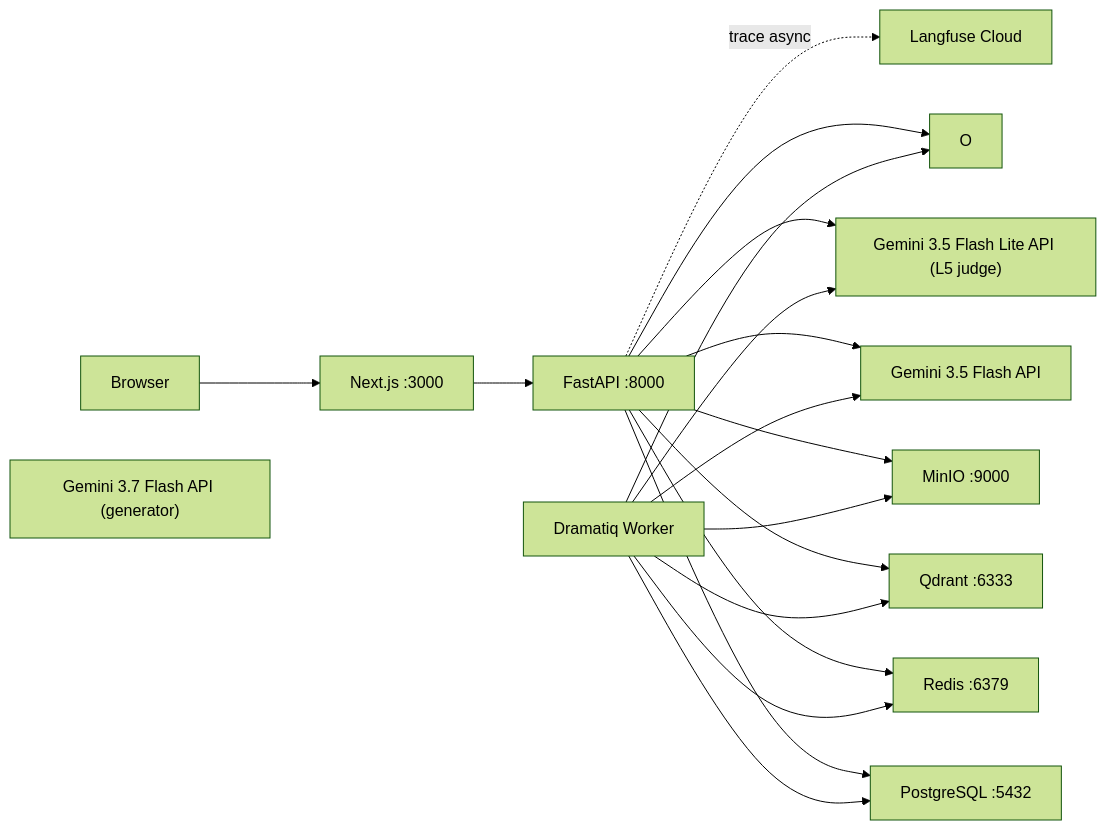
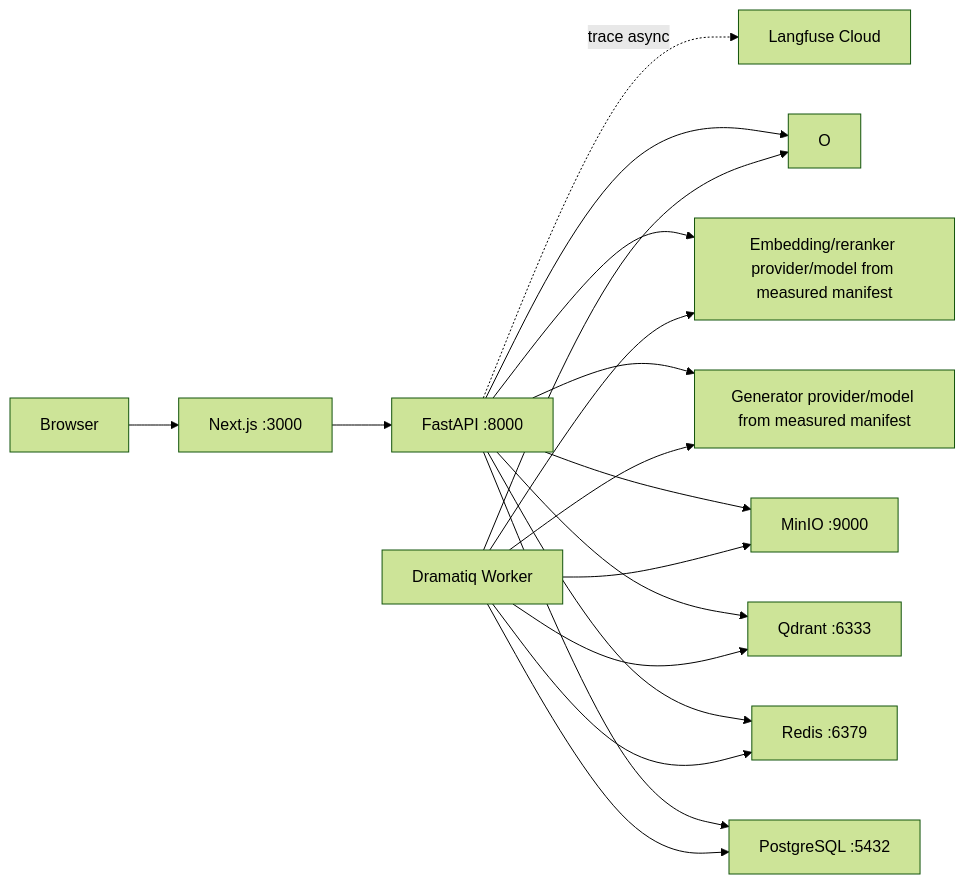
The fourth of 12 diagrams in docs/03-thiet-ke-he-thong.md (PhucTruong-ctrl/vn-traffic-law-RAG), drawn with Mermaid (forest theme) before and after one commit. The commit also changed other lines of this file and 20 other files, not shown here.

````diff
--- a/docs/03-thiet-ke-he-thong.md
+++ b/docs/03-thiet-ke-he-thong.md
@@ -241,33 +216,31 @@
 ```mermaid
 graph LR
     B["Browser"]
     FE["Next.js :3000"]
     API["FastAPI :8000"]
     WK["Dramatiq Worker"]
     PG["PostgreSQL :5432"]
     QD["Qdrant :6333"]
     RD["Redis :6379"]
     MO["MinIO :9000"]
     LF["Langfuse Cloud"]
-    LLM["Gemini 3.5 Flash API"]
-    J["Jina API"]
-    G["Gemini 3.7 Flash API (generator)"]
-    J["Gemini 3.5 Flash Lite API (L5 judge)"]
+    LLM["Generator provider/model from measured manifest"]
+    J["Embedding/reranker provider/model from measured manifest"]
     B --> FE
     FE --> API
     API --> PG
     API --> QD
     API --> RD
     API --> MO
     WK --> RD
     WK --> PG
     WK --> QD
     WK --> MO
     API --> LLM
     API --> J
     WK --> J
     WK --> LLM
     API --> O
     WK --> O
     API -. "trace async" .-> LF
 ```
````
